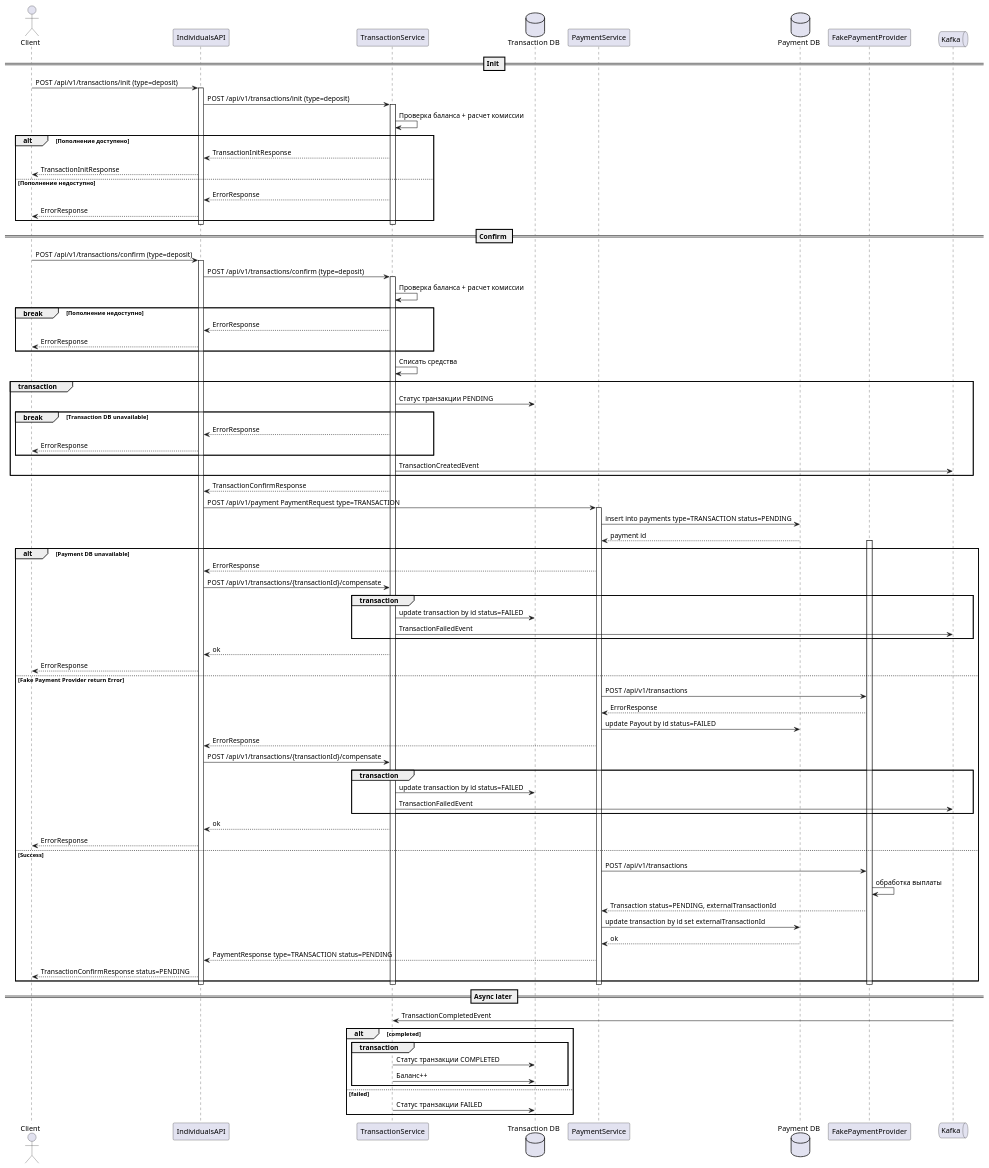
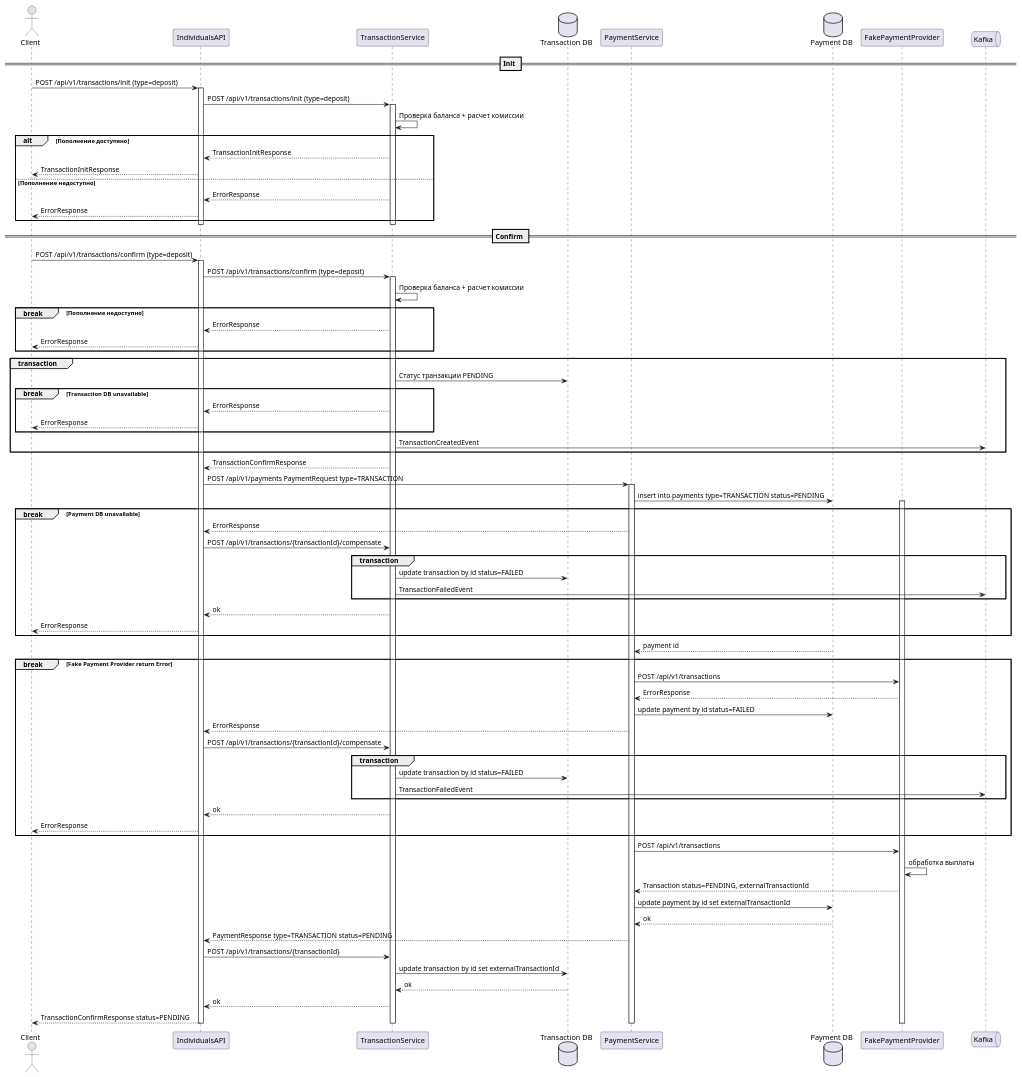
One commit to diamam90/payment-system changed the diagram in diagram/deposit.puml. Above: the diagram before and after it, drawn with PlantUML. The commit also changed 5 other files, not shown here.

Commit message:
Правки по диаграммам

```diff
--- a/diagram/deposit.puml
+++ b/diagram/deposit.puml
@@ -1,103 +1,96 @@
 @startuml
 actor Client
 participant IndividualsAPI
 participant TransactionService
 database tsDb as "Transaction DB"
 participant PaymentService
 database psDb as "Payment DB"
 participant fpp as "FakePaymentProvider"
 
 queue Kafka
 
 == Init ==
 
 Client -> IndividualsAPI: POST /api/v1/transactions/init (type=deposit)
 activate IndividualsAPI
     IndividualsAPI -> TransactionService: POST /api/v1/transactions/init (type=deposit)
     activate TransactionService
         TransactionService -> TransactionService: Проверка баланса + расчет комиссии
         alt Пополнение доступено
             TransactionService --> IndividualsAPI: TransactionInitResponse
             IndividualsAPI --> Client: TransactionInitResponse
         else Пополнение недоступно
             TransactionService --> IndividualsAPI: ErrorResponse
             IndividualsAPI --> Client: ErrorResponse
         end
     deactivate TransactionService
 deactivate IndividualsAPI
 
 == Confirm ==
 
 Client -> IndividualsAPI: POST /api/v1/transactions/confirm (type=deposit)
 activate IndividualsAPI
     IndividualsAPI -> TransactionService: POST /api/v1/transactions/confirm (type=deposit)
     activate TransactionService
         TransactionService -> TransactionService: Проверка баланса + расчет комиссии
         break Пополнение недоступно
             TransactionService --> IndividualsAPI: ErrorResponse
             IndividualsAPI --> Client: ErrorResponse
         end
-        TransactionService -> TransactionService: Списать средства
         group transaction
             TransactionService -> tsDb: Статус транзакции PENDING
                 break Transaction DB unavailable
                     TransactionService --> IndividualsAPI: ErrorResponse
                     IndividualsAPI --> Client: ErrorResponse
                 end
             TransactionService -> Kafka: TransactionCreatedEvent
         end
         TransactionService --> IndividualsAPI: TransactionConfirmResponse
-        IndividualsAPI -> PaymentService: POST /api/v1/payment PaymentRequest type=TRANSACTION
+        IndividualsAPI -> PaymentService: POST /api/v1/payments PaymentRequest type=TRANSACTION
         activate PaymentService
             PaymentService -> psDb: insert into payments type=TRANSACTION status=PENDING
-            psDb --> PaymentService: payment id
+
 
                 activate fpp
-                    alt Payment DB unavailable
+                    break Payment DB unavailable
                         PaymentService --> IndividualsAPI: ErrorResponse
                         IndividualsAPI -> TransactionService: POST /api/v1/transactions/{transactionId}/compensate
                         group transaction
                             TransactionService -> tsDb: update transaction by id status=FAILED
                             TransactionService -> Kafka: TransactionFailedEvent
                         end
                         TransactionService --> IndividualsAPI: ok
                         IndividualsAPI --> Client: ErrorResponse
-
-                    else Fake Payment Provider return Error
+                    end
+                    psDb --> PaymentService: payment id
+                    break Fake Payment Provider return Error
                         PaymentService -> fpp: POST /api/v1/transactions
                         fpp --> PaymentService: ErrorResponse
-                        PaymentService -> psDb: update Payout by id status=FAILED
+                        PaymentService -> psDb: update payment by id status=FAILED
                         PaymentService --> IndividualsAPI: ErrorResponse
                         IndividualsAPI -> TransactionService: POST /api/v1/transactions/{transactionId}/compensate
                         group transaction
                             TransactionService -> tsDb: update transaction by id status=FAILED
                             TransactionService -> Kafka: TransactionFailedEvent
                         end
                         TransactionService --> IndividualsAPI: ok
                         IndividualsAPI --> Client: ErrorResponse
-                    else Success
-                        PaymentService -> fpp: POST /api/v1/transactions
-                        fpp -> fpp: обработка выплаты
-                        fpp --> PaymentService: Transaction status=PENDING, externalTransactionId
-                        PaymentService -> psDb: update transaction by id set externalTransactionId
-                        psDb --> PaymentService: ok
-                        PaymentService --> IndividualsAPI: PaymentResponse type=TRANSACTION status=PENDING
-                        IndividualsAPI --> Client: TransactionConfirmResponse status=PENDING
                     end
+
+                    PaymentService -> fpp: POST /api/v1/transactions
+                    fpp -> fpp: обработка выплаты
+                    fpp --> PaymentService: Transaction status=PENDING, externalTransactionId
+                    PaymentService -> psDb: update payment by id set externalTransactionId
+                    psDb --> PaymentService: ok
+                    PaymentService --> IndividualsAPI: PaymentResponse type=TRANSACTION status=PENDING
+                    IndividualsAPI -> TransactionService: POST /api/v1/transactions/{transactionId}
+                    TransactionService -> tsDb: update transaction by id set externalTransactionId
+                    tsDb --> TransactionService: ok
+                    TransactionService --> IndividualsAPI: ok
+                    IndividualsAPI --> Client: TransactionConfirmResponse status=PENDING
                 deactivate fpp
         deactivate PaymentService
     deactivate TransactionService
 deactivate IndividualsAPI
 
-== Async later ==
-
-Kafka -> TransactionService: TransactionCompletedEvent
-alt completed
-    group transaction
-        TransactionService -> tsDb: Статус транзакции COMPLETED
-        TransactionService -> tsDb: Баланс++
-    end
-else failed
-    TransactionService -> tsDb: Статус транзакции FAILED
-end
 @enduml
```
